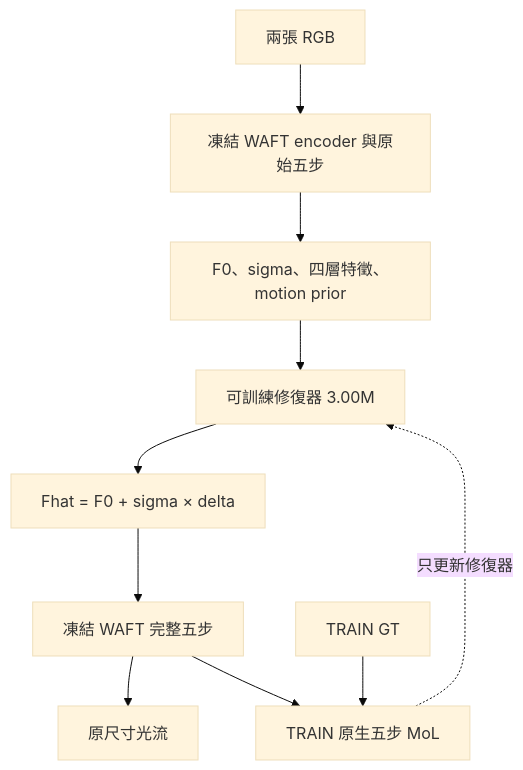
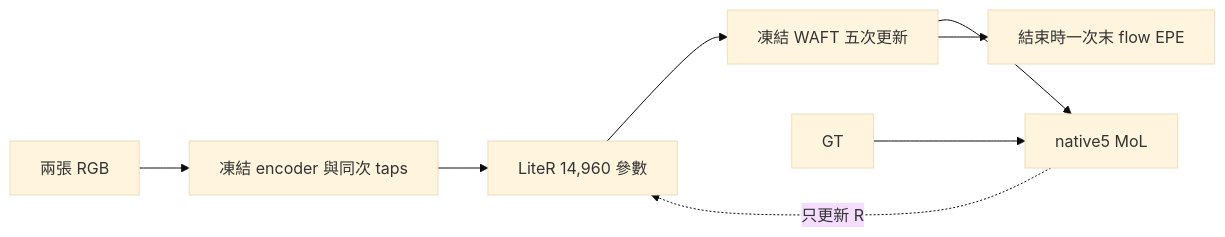
Before and after one commit to cactus8603/roco_main: the diagram in README.md, drawn with Mermaid (base theme). The commit also changed other lines of this file and 23 other files, not shown here.

````diff
--- a/README.md
+++ b/README.md
@@ -7,12 +7,10 @@
 ```mermaid
-flowchart TD
-    RGB[兩張 RGB] --> WAFT[凍結 WAFT encoder 與原始五步]
-    WAFT --> Inputs[F0、sigma、四層特徵、motion prior]
-    Inputs --> R[可訓練修復器 3.00M]
-    R --> Fhat[Fhat = F0 + sigma × delta]
-    Fhat --> Consumer[凍結 WAFT 完整五步]
-    Consumer --> Flow[原尺寸光流]
-    Consumer --> Loss[TRAIN 原生五步 MoL]
-    GT[TRAIN GT] --> Loss
-    Loss -. 只更新修復器 .-> R
+flowchart LR
+    RGB[兩張 RGB] --> Encoder[凍結 encoder 與同次 taps]
+    Encoder --> R[LiteR 14,960 參數]
+    R --> G5[凍結 WAFT 五次更新]
+    G5 --> Loss[native5 MoL]
+    GT[GT] --> Loss
+    Loss -. 只更新 R .-> R
+    G5 --> EPE[結束時一次末 flow EPE]
 ```
````
